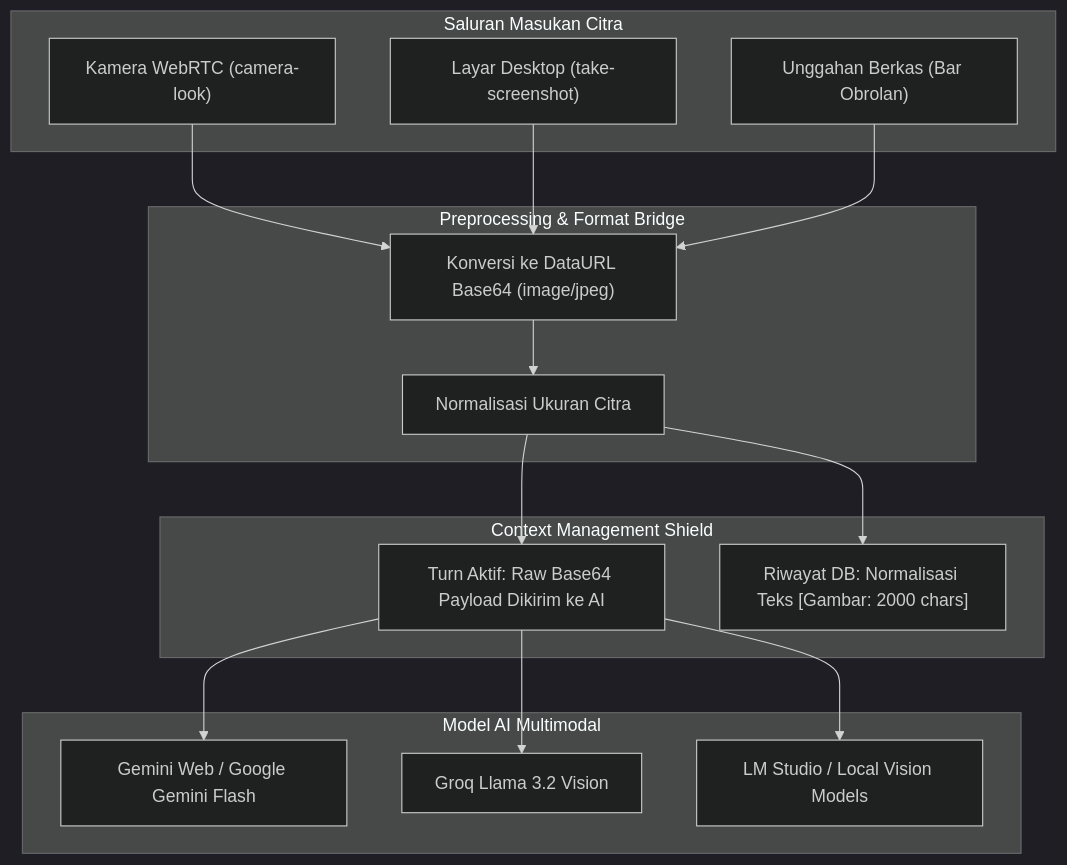
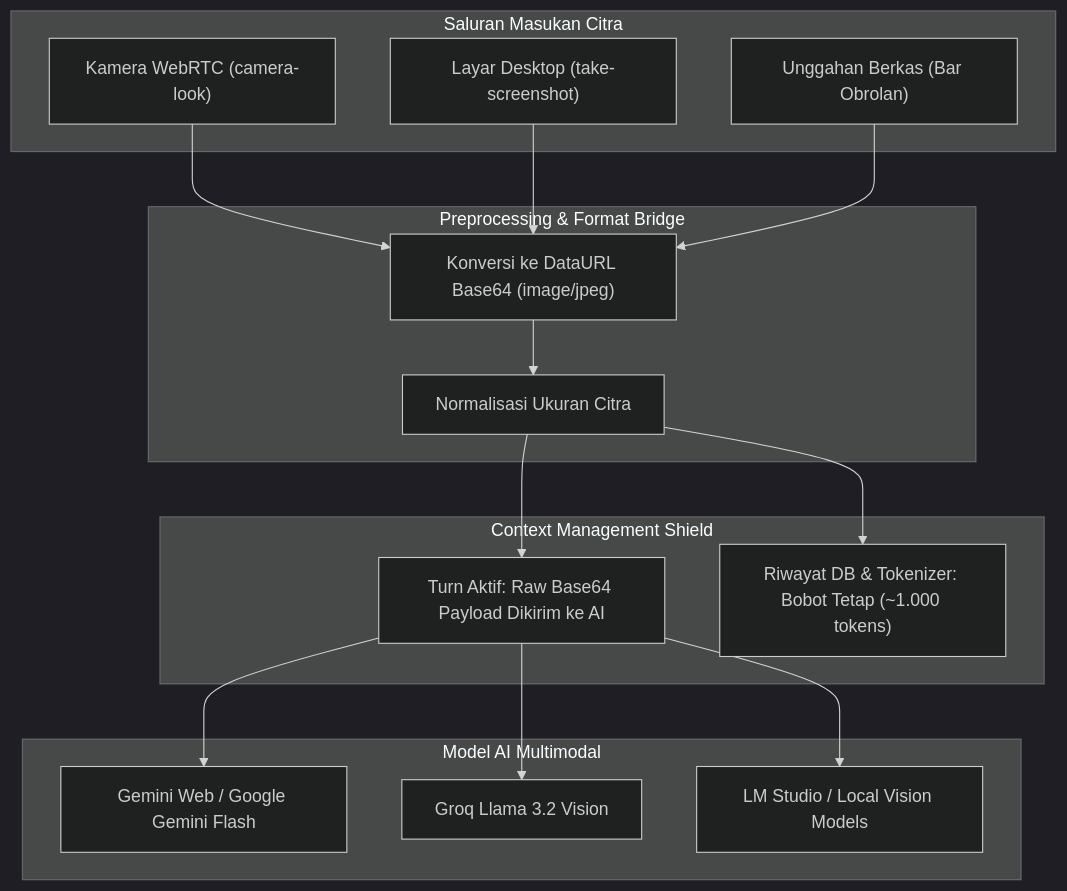
Before and after one commit to Mazees/mark-agent: the diagram in docs/05-voice-and-multimodal/vision-and-camera.md, drawn with Mermaid (dark theme). The commit also changed other lines of this file and 13 other files, not shown here.

````diff
--- a/docs/05-voice-and-multimodal/vision-and-camera.md
+++ b/docs/05-voice-and-multimodal/vision-and-camera.md
@@ -15,36 +15,36 @@
 ```mermaid
 flowchart TD
     subgraph "Saluran Masukan Citra"
         Webcam["Kamera WebRTC (camera-look)"]
         Screen["Layar Desktop (take-screenshot)"]
         Upload["Unggahan Berkas (Bar Obrolan)"]
     end
 
     subgraph "Preprocessing & Format Bridge"
         B64["Konversi ke DataURL Base64 (image/jpeg)"]
         Comp["Normalisasi Ukuran Citra"]
     end
 
     subgraph "Context Management Shield"
         ActiveTurn["Turn Aktif: Raw Base64 Payload Dikirim ke AI"]
-        HistoryDB["Riwayat DB: Normalisasi Teks [Gambar: 2000 chars]"]
+        HistoryDB["Riwayat DB & Tokenizer: Bobot Tetap (~1.000 tokens)"]
     end
 
     subgraph "Model AI Multimodal"
         Gemini["Gemini Web / Google Gemini Flash"]
         Groq["Groq Llama 3.2 Vision"]
         Local["LM Studio / Local Vision Models"]
     end
 
     Webcam --> B64
     Screen --> B64
     Upload --> B64
 
     B64 --> Comp
     Comp --> ActiveTurn
     ActiveTurn --> Gemini
     ActiveTurn --> Groq
     ActiveTurn --> Local
 
     Comp --> HistoryDB
 ```
````
